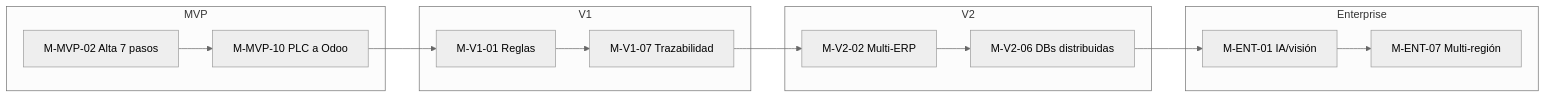
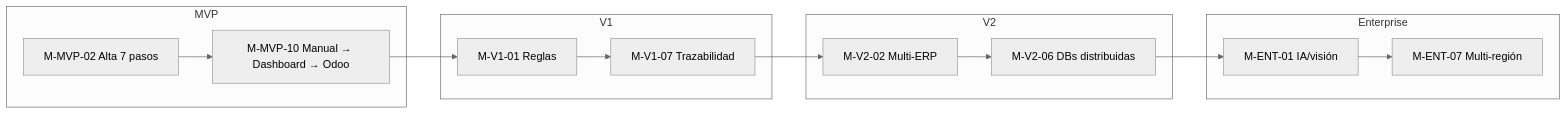
The third of 3 diagrams in specs/roadmap/milestones.md (buttiepedro/mes), drawn with Mermaid (neutral theme) before and after one commit. The commit also changed other lines of this file and 21 other files, not shown here.

````diff
--- a/specs/roadmap/milestones.md
+++ b/specs/roadmap/milestones.md
@@ -147,20 +150,20 @@
 ```mermaid
 flowchart LR
     subgraph MVP
         A[M-MVP-02 Alta 7 pasos]
-        B[M-MVP-10 PLC a Odoo]
+        B[M-MVP-10 Manual → Dashboard → Odoo]
     end
     subgraph V1
         C[M-V1-01 Reglas]
         D[M-V1-07 Trazabilidad]
     end
     subgraph V2
         E[M-V2-02 Multi-ERP]
         F[M-V2-06 DBs distribuidas]
     end
     subgraph Enterprise
         G[M-ENT-01 IA/visión]
         H[M-ENT-07 Multi-región]
     end
     A --> B --> C --> D --> E --> F --> G --> H
 ```
````
